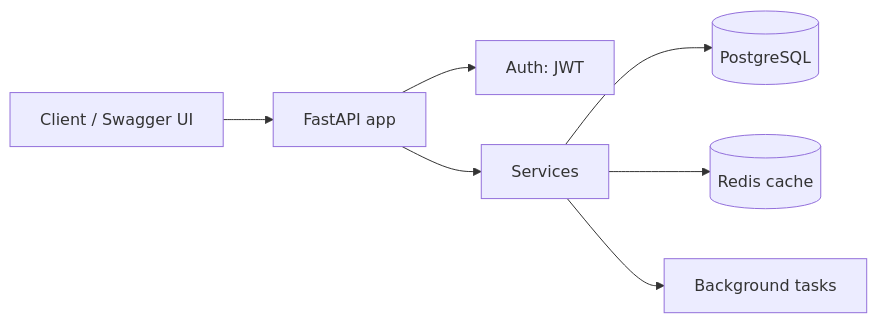
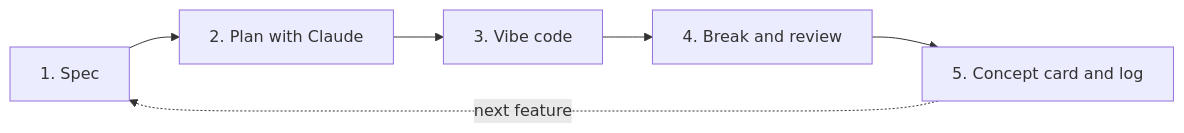
The diagram in IMPLEMENTATION_PLAN.md (ryankho/backend-learning), drawn with Mermaid before and after one commit. The commit also changed other lines of this file, not shown here.

First line of the commit message:
Rewrite implementation plan as 4-week vibe-coding plan

````diff
--- a/IMPLEMENTATION_PLAN.md
+++ b/IMPLEMENTATION_PLAN.md
@@ -95,9 +37,8 @@
 ```mermaid
 flowchart LR
-  C[Client / Swagger UI] --> A[FastAPI app]
-  A --> AU[Auth: JWT]
-  A --> S[Services]
-  S --> DB[(PostgreSQL)]
-  S --> R[(Redis cache)]
-  S --> W[Background tasks]
+  A[1. Spec] --> B[2. Plan with Claude]
+  B --> C[3. Vibe code]
+  C --> D[4. Break and review]
+  D --> E[5. Concept card and log]
+  E -.next feature.-> A
 ```
````
